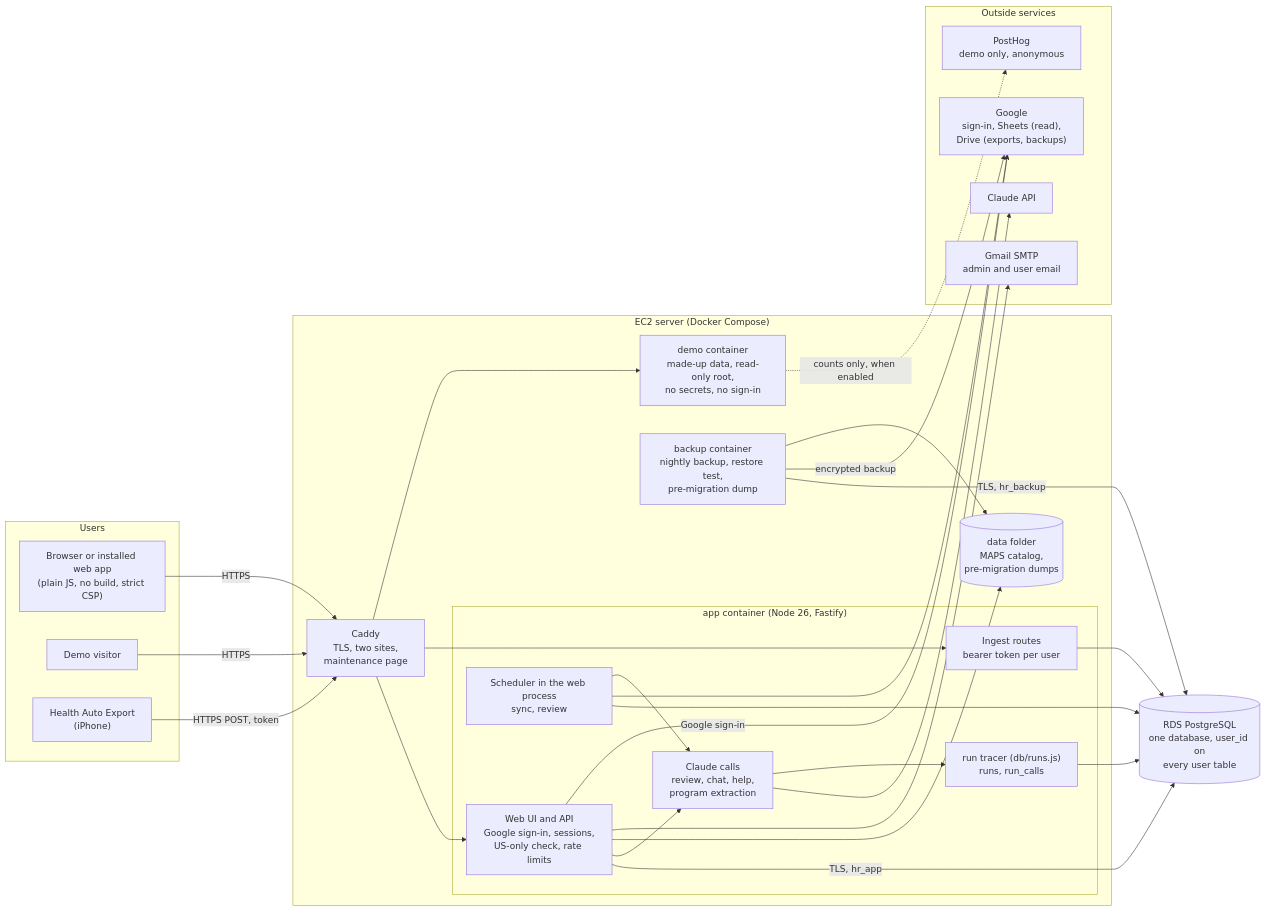
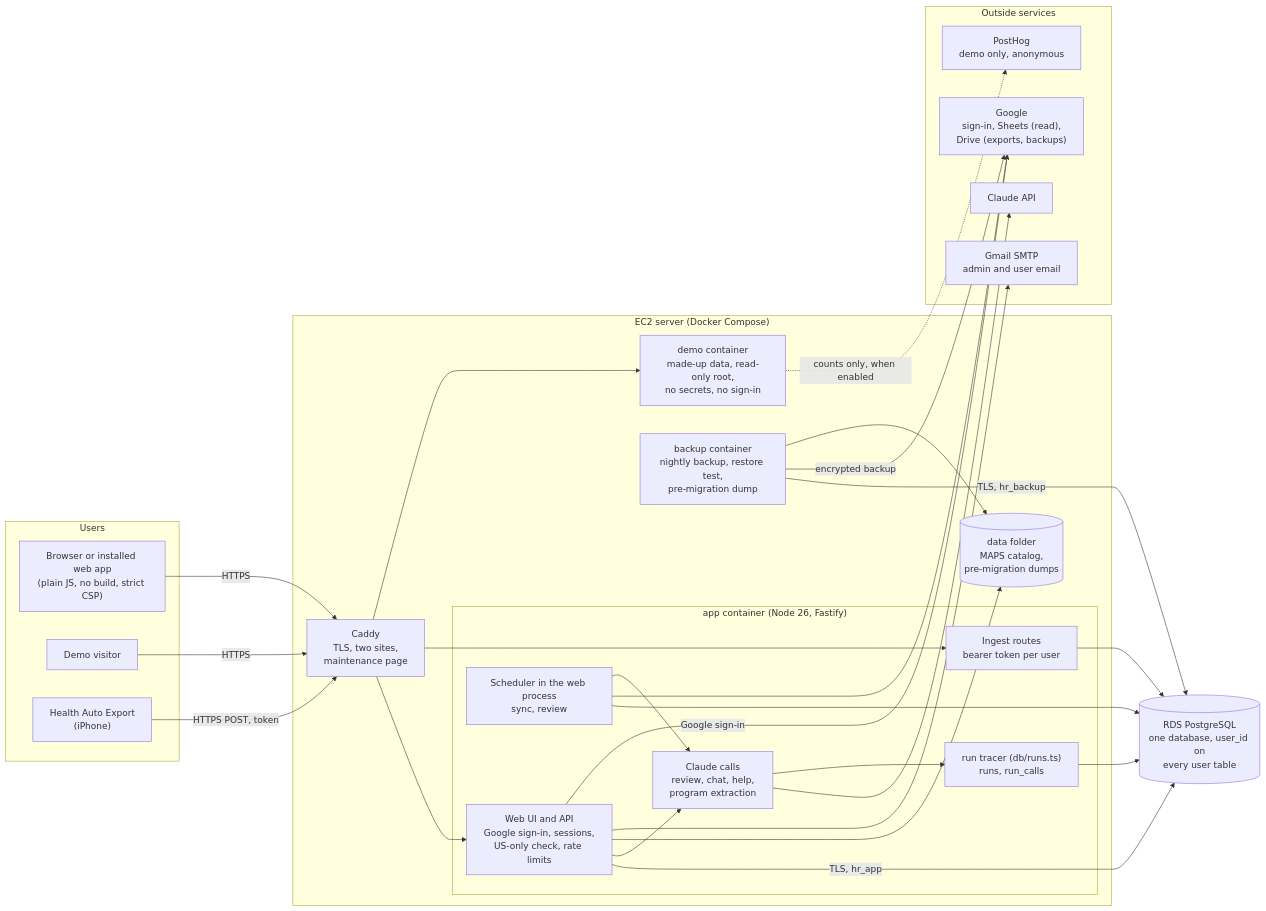
The diagram in docs/architecture/current.md (scottmroth5/Health-Review), drawn with Mermaid before and after one commit. The commit also changed other lines of this file and 160 other files, not shown here.

````diff
--- a/docs/architecture/current.md
+++ b/docs/architecture/current.md
@@ -8,53 +8,53 @@
 ```mermaid
 flowchart LR
   subgraph Users
     B["Browser or installed web app<br/>(plain JS, no build, strict CSP)"]
     V["Demo visitor"]
     HAE["Health Auto Export<br/>(iPhone)"]
   end
 
   subgraph Server["EC2 server (Docker Compose)"]
     C["Caddy<br/>TLS, two sites,<br/>maintenance page"]
     subgraph App["app container (Node 26, Fastify)"]
       W["Web UI and API<br/>Google sign-in, sessions,<br/>US-only check, rate limits"]
       I["Ingest routes<br/>bearer token per user"]
       S["Scheduler in the web process<br/>sync, review"]
       AI["Claude calls<br/>review, chat, help,<br/>program extraction"]
-      T["run tracer (db/runs.js)<br/>runs, run_calls"]
+      T["run tracer (db/runs.ts)<br/>runs, run_calls"]
     end
     BK["backup container<br/>nightly backup, restore test,<br/>pre-migration dump"]
     D["demo container<br/>made-up data, read-only root,<br/>no secrets, no sign-in"]
     F[("data folder<br/>MAPS catalog,<br/>pre-migration dumps")]
   end
   DB[("RDS PostgreSQL<br/>one database, user_id on<br/>every user table")]
 
   subgraph Outside["Outside services"]
     G["Google<br/>sign-in, Sheets (read),<br/>Drive (exports, backups)"]
     CL["Claude API"]
     M["Gmail SMTP<br/>admin and user email"]
     PH["PostHog<br/>demo only, anonymous"]
   end
 
   B -->|HTTPS| C
   V -->|HTTPS| C
   HAE -->|"HTTPS POST, token"| C
   C --> W
   C --> I
   C --> D
   W -->|"TLS, hr_app"| DB
   I --> DB
   S --> DB
   BK -->|"TLS, hr_backup"| DB
   S --> G
   S --> AI
   W --> AI
   AI --> CL
   AI --> T
   T --> DB
   W --> F
   BK -->|"encrypted backup"| G
   BK --> F
   W --> M
   W -->|"Google sign-in"| G
   D -.->|"counts only, when enabled"| PH
 ```
````
